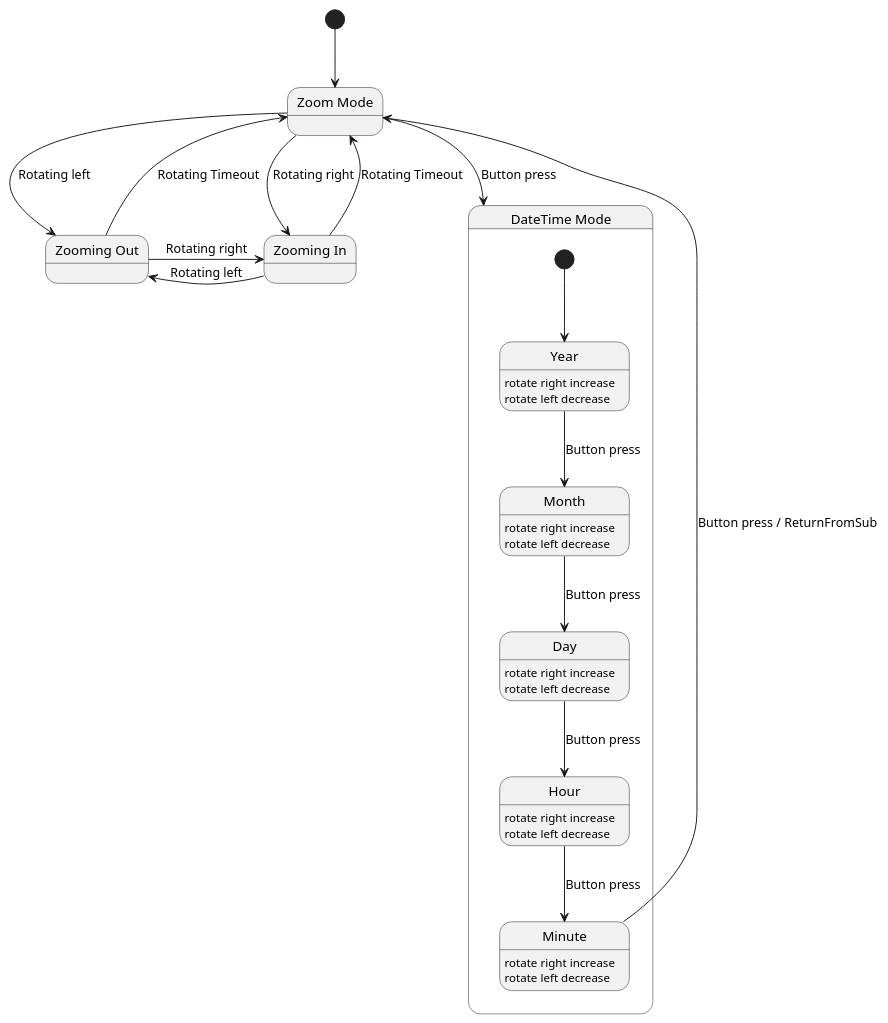
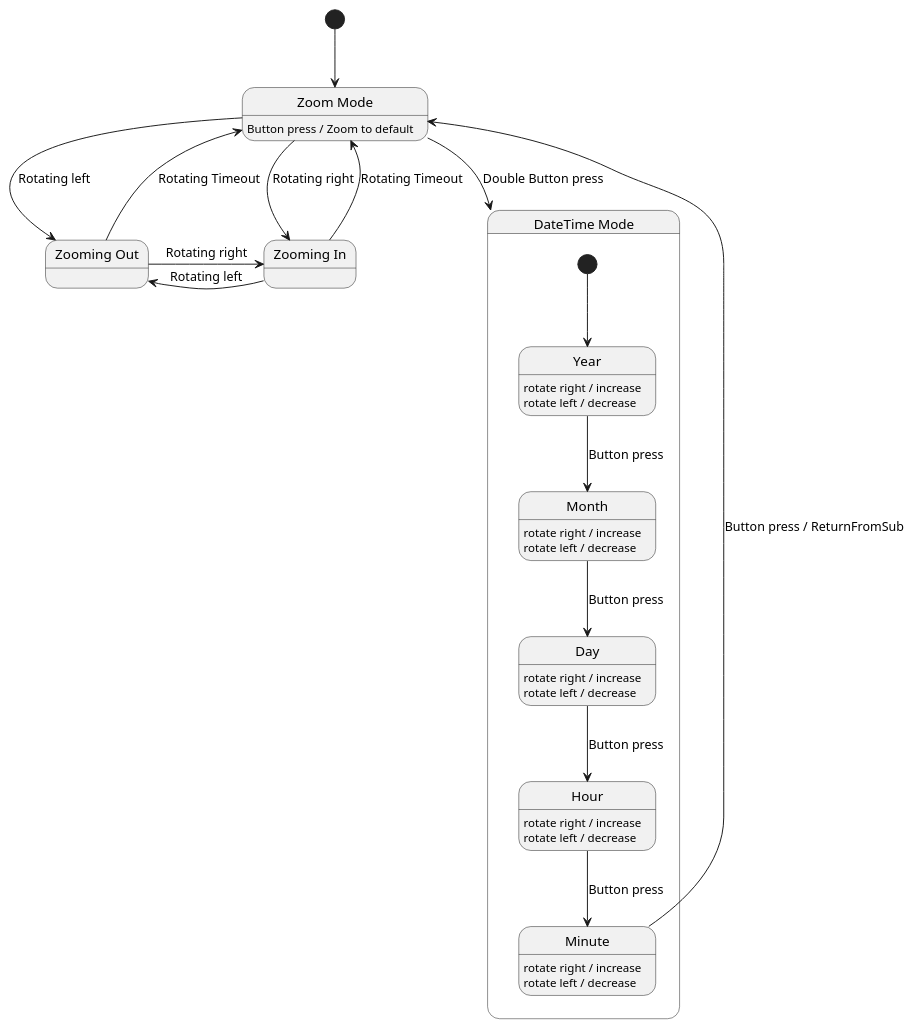
Before and after one commit to sqrtroot/Observatory: the diagram in control-plugin/state_machine.puml, drawn with PlantUML. The commit also changed 10 other files, not shown here.

```diff
--- a/control-plugin/state_machine.puml
+++ b/control-plugin/state_machine.puml
@@ -1,34 +1,35 @@
 @startuml
 state "Zoom Mode" as zm
 state "Zooming In" as zi
 state "Zooming Out" as zo
 
 [*] -down-> zm
 zm -down-> zi : Rotating right
 zm -down-> zo : Rotating left
 zi -up-> zm : Rotating Timeout
 zo -up-> zm : Rotating Timeout
 zi -left-> zo : Rotating left
 zo -right-> zi : Rotating right
-zm --> dtm : Button press
+zm --> dtm : Double Button press
+zm : Button press / Zoom to default
 
 state "DateTime Mode" as dtm{
     [*] --> Year
-    Year : rotate right increase
-    Year : rotate left decrease
+    Year : rotate right / increase
+    Year : rotate left / decrease
     Year --> Month : Button press
-    Month : rotate right increase
-    Month : rotate left decrease
+    Month : rotate right / increase
+    Month : rotate left / decrease
     Month --> Day : Button press
-    Day : rotate right increase
-    Day : rotate left decrease
+    Day : rotate right / increase
+    Day : rotate left / decrease
     Day --> Hour : Button press
-    Hour : rotate right increase
-    Hour : rotate left decrease
+    Hour : rotate right / increase
+    Hour : rotate left / decrease
     Hour --> Minute : Button press
-    Minute : rotate right increase
-    Minute : rotate left decrease
+    Minute : rotate right / increase
+    Minute : rotate left / decrease
     Minute -up-> zm : Button press / ReturnFromSub
 }
 
 @enduml
```
